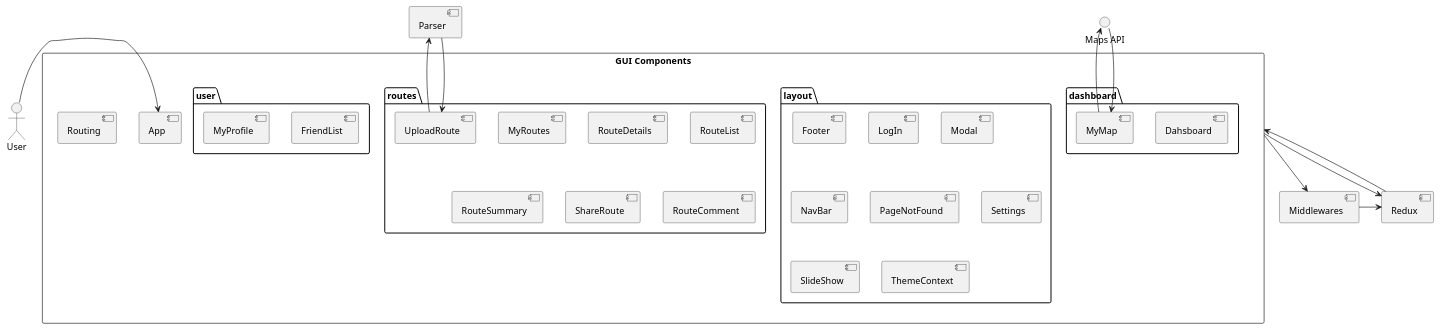
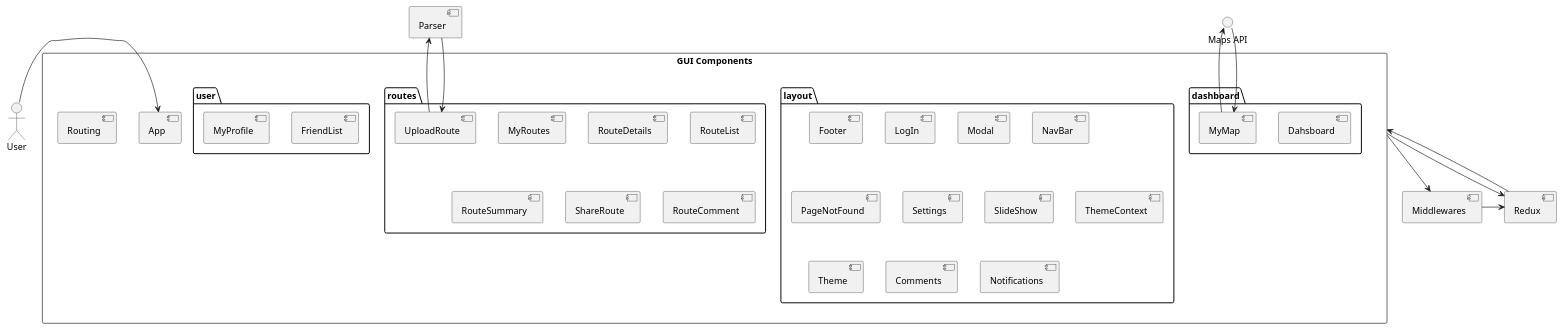
One commit to Arquisoft/viade_en1b changed the diagram in src/docs/diagrams/05-04_whiteboxReact.puml. Above: the diagram before and after it, drawn with PlantUML. The commit also changed 2 other files, not shown here.

Commit message:
Building block diagrams updated

```diff
--- a/src/docs/diagrams/05-04_whiteboxReact.puml
+++ b/src/docs/diagrams/05-04_whiteboxReact.puml
@@ -1,57 +1,60 @@
 @startuml
 
 rectangle "GUI Components" as react {
     folder "dashboard" as dashboard {
         [Dahsboard] as das
         [MyMap] as map
     }
     folder "layout" as layout {
         [Footer] as footer
         [LogIn] as login 
         [Modal] as modal
         [NavBar] as navbar
         [PageNotFound] as pnf 
         [Settings] as settings
         [SlideShow] as ss
         [ThemeContext] as tc 
+        [Theme] as th
+        [Comments] as comments
+        [Notifications] as notifications
     }
     folder "routes" as routes {
         [MyRoutes] as mr 
         [RouteDetails] as rd 
         [RouteList] as rl 
         [RouteSummary] as rs 
         [ShareRoute] as sr 
         [UploadRoute] as ur 
         [RouteComment] as rc
     }
     folder "user" as user {
         [FriendList] as fl 
         [MyProfile] as mp 
     }
     [Routing] as routing
     [App] as app
 }
 
 [Redux] as redux
 [Parser] as parser
 [Middlewares] as middlewares
 () "Maps API" as imaps
 
 :User: -right-> app
 ur --> parser
 parser --> ur
 map --> imaps
 imaps --> map
 react -down-> redux
 redux -up-> react
 react -down-> middlewares
 middlewares -right-> redux
 
 
 
 
 
 
 
 
 @enduml
```
